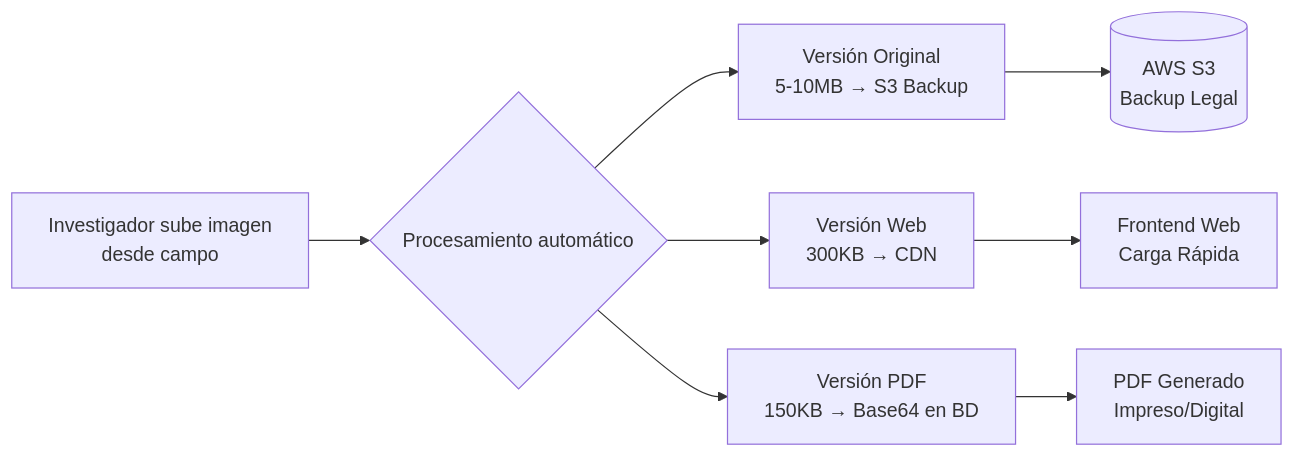
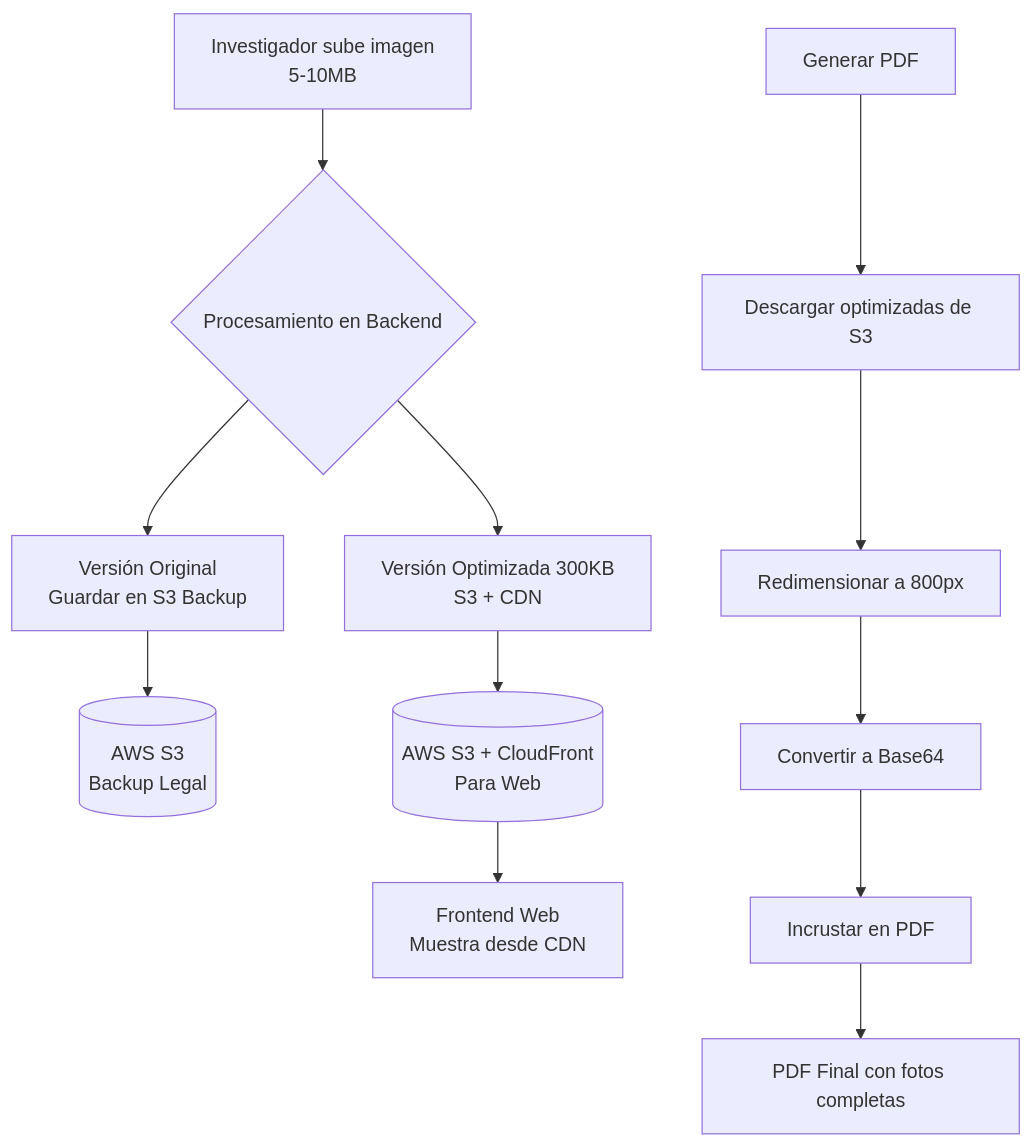
Before and after one commit to ginaproanio/Siniestros: the diagram in ARQUITECTURA_PDF.md, drawn with Mermaid. The commit also changed other lines of this file, not shown here.

First line of the commit message:
docs: corregir formato completo de ARQUITECTURA_PDF.md

````diff
--- a/ARQUITECTURA_PDF.md
+++ b/ARQUITECTURA_PDF.md
@@ -30,12 +34,18 @@
 ```mermaid
-graph LR
-    A[Investigador sube imagen<br/>desde campo] --> B{Procesamiento automático}
-    
-    B --> C[Versión Original<br/>5-10MB → S3 Backup]
-    B --> D[Versión Web<br/>300KB → CDN]
-    B --> E[Versión PDF<br/>150KB → Base64 en BD]
-    
-    C --> F[(AWS S3<br/>Backup Legal)]
-    D --> G[Frontend Web<br/>Carga Rápida]
-    E --> H[PDF Generado<br/>Impreso/Digital]
+graph TD
+    A[Investigador sube imagen<br/>5-10MB] --> B{Procesamiento en Backend}
+
+    B --> C[Versión Original<br/>Guardar en S3 Backup]
+    B --> D[Versión Optimizada 300KB<br/>S3 + CDN]
+
+    C --> E[(AWS S3<br/>Backup Legal)]
+    D --> F[(AWS S3 + CloudFront<br/>Para Web)]
+
+    F --> G[Frontend Web<br/>Muestra desde CDN]
+
+    H[Generar PDF] --> I[Descargar optimizadas de S3]
+    I --> J[Redimensionar a 800px]
+    J --> K[Convertir a Base64]
+    K --> L[Incrustar en PDF]
+    L --> M[PDF Final con fotos completas]
 ```
````
